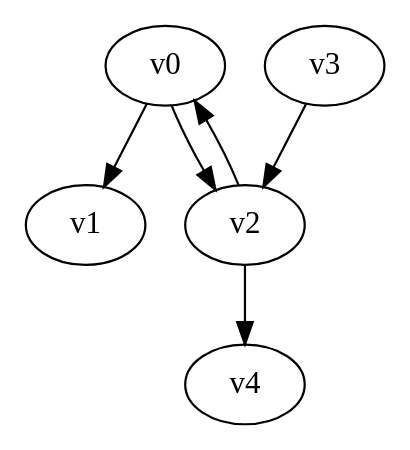
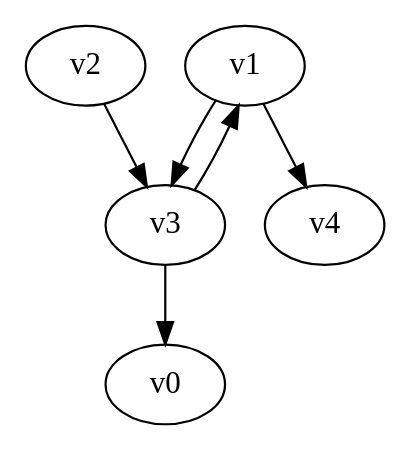
Before and after one commit to yadej/graph_project: the diagram in digraph.dot, drawn with Graphviz. The commit also changed 1 other file, not shown here.

```diff
--- a/digraph.dot
+++ b/digraph.dot
@@ -1,7 +1,7 @@
 digraph G { 
-v0 -> v1;
-v0 -> v2;
-v2 -> v0;
-v2 -> v4;
-v3 -> v2;
+v1 -> v3;
+v1 -> v4;
+v2 -> v3;
+v3 -> v0;
+v3 -> v1;
 }
```
